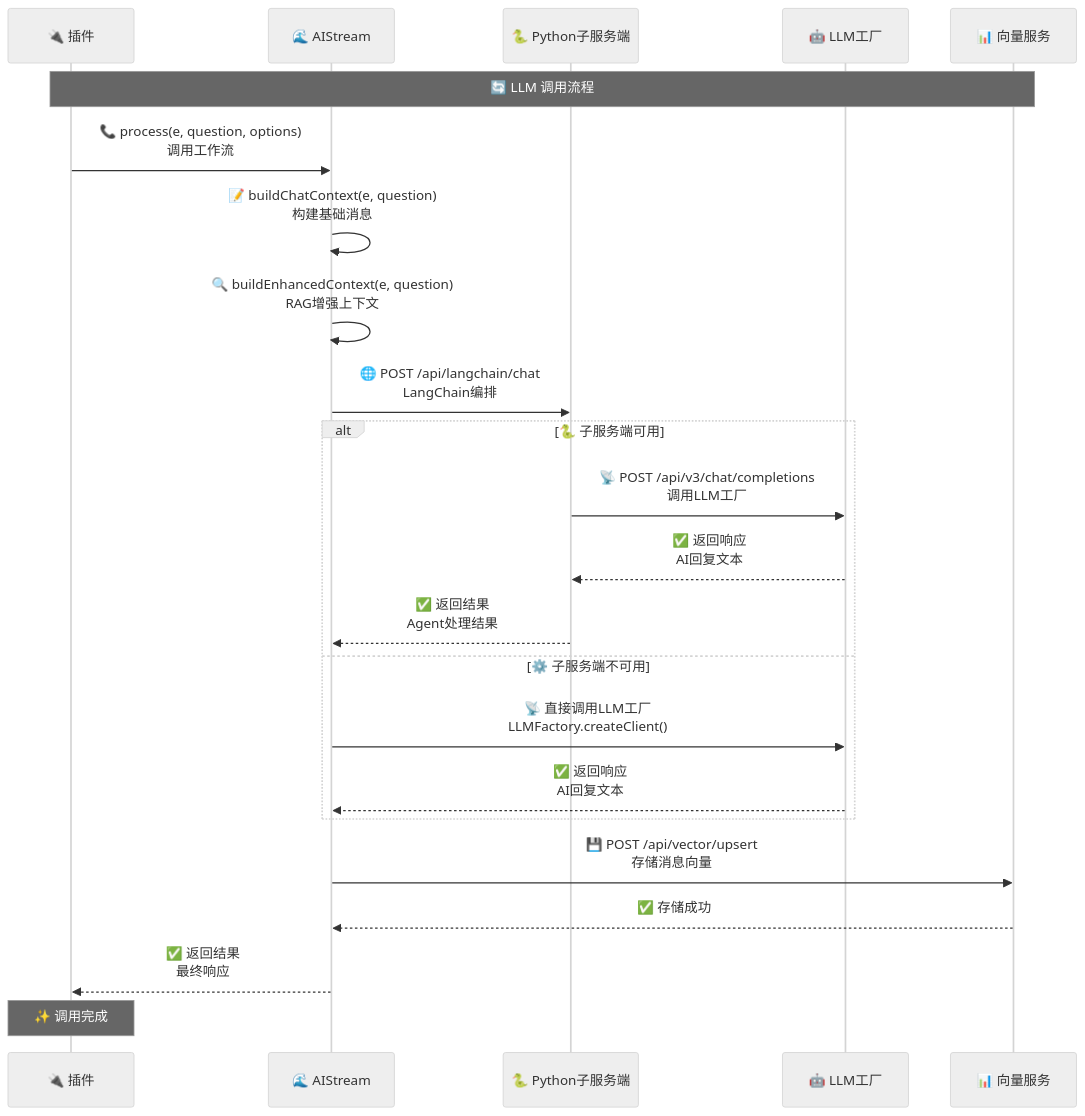
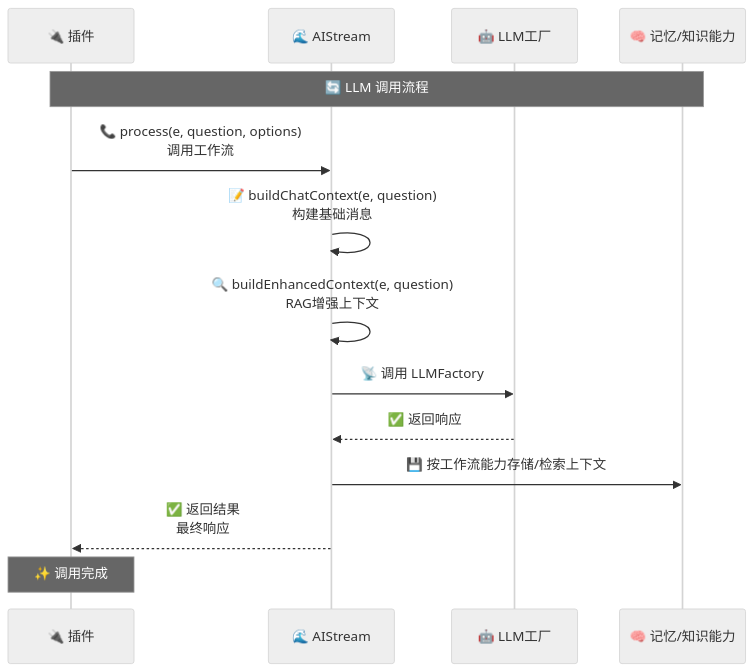
One commit to sunflowermm/XRK-AGT changed the diagram in docs/aistream.md. Above: the diagram before and after it, drawn with Mermaid (neutral theme). The commit also changed other lines of this file and 23 other files, not shown here.

````diff
--- a/docs/aistream.md
+++ b/docs/aistream.md
@@ -363,30 +107,19 @@
 ```mermaid
 sequenceDiagram
     participant Plugin as 🔌 插件
     participant Stream as 🌊 AIStream
-    participant Subserver as 🐍 Python子服务端
     participant LLM as 🤖 LLM工厂
-    participant Vector as 📊 向量服务
+    participant Memory as 🧠 记忆/知识能力
     
-    Note over Plugin,Vector: 🔄 LLM 调用流程
+    Note over Plugin,Memory: 🔄 LLM 调用流程
     
     Plugin->>Stream: 📞 process(e, question, options)<br/>调用工作流
     Stream->>Stream: 📝 buildChatContext(e, question)<br/>构建基础消息
     Stream->>Stream: 🔍 buildEnhancedContext(e, question)<br/>RAG增强上下文
-    Stream->>Subserver: 🌐 POST /api/langchain/chat<br/>LangChain编排
-    
-    alt 🐍 子服务端可用
-        Subserver->>LLM: 📡 POST /api/v3/chat/completions<br/>调用LLM工厂
-        LLM-->>Subserver: ✅ 返回响应<br/>AI回复文本
-        Subserver-->>Stream: ✅ 返回结果<br/>Agent处理结果
-    else ⚙️ 子服务端不可用
-        Stream->>LLM: 📡 直接调用LLM工厂<br/>LLMFactory.createClient()
-        LLM-->>Stream: ✅ 返回响应<br/>AI回复文本
-    end
-    
-    Stream->>Vector: 💾 POST /api/vector/upsert<br/>存储消息向量
-    Vector-->>Stream: ✅ 存储成功
+    Stream->>LLM: 📡 调用 LLMFactory
+    LLM-->>Stream: ✅ 返回响应
+    Stream->>Memory: 💾 按工作流能力存储/检索上下文
     Stream-->>Plugin: ✅ 返回结果<br/>最终响应
     
     Note over Plugin: ✨ 调用完成
 ```
````
